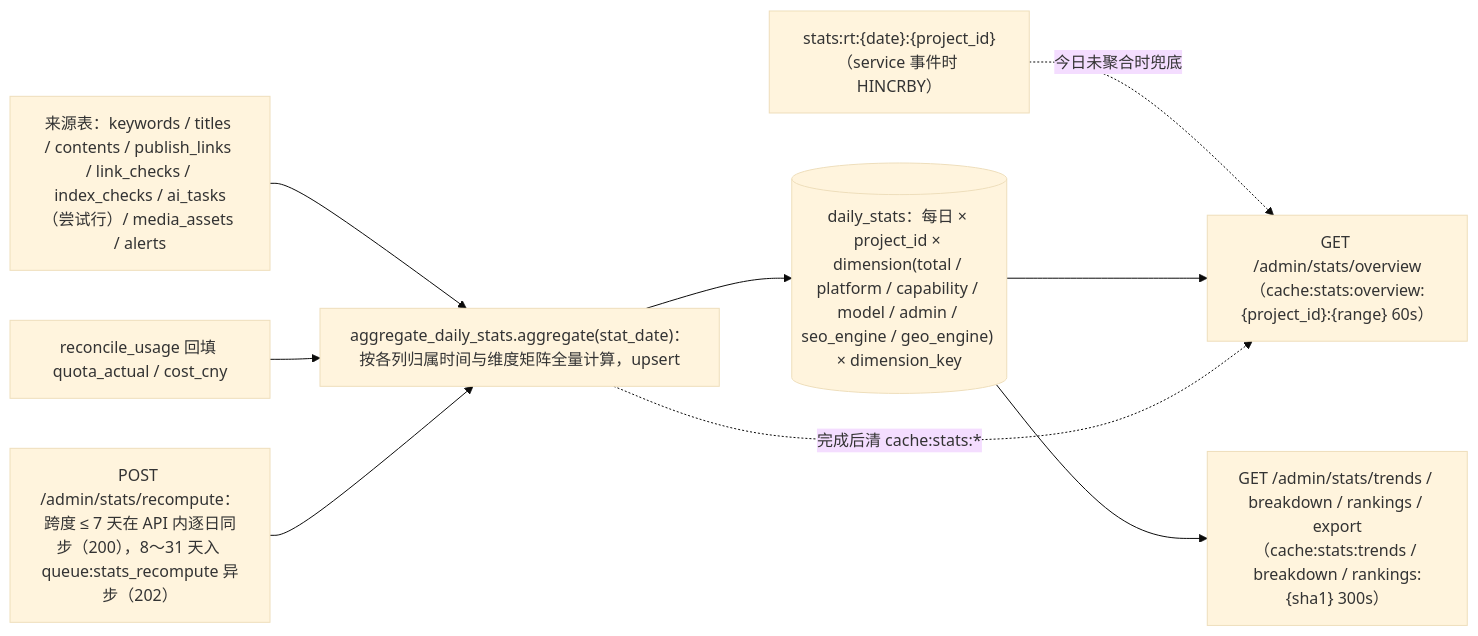
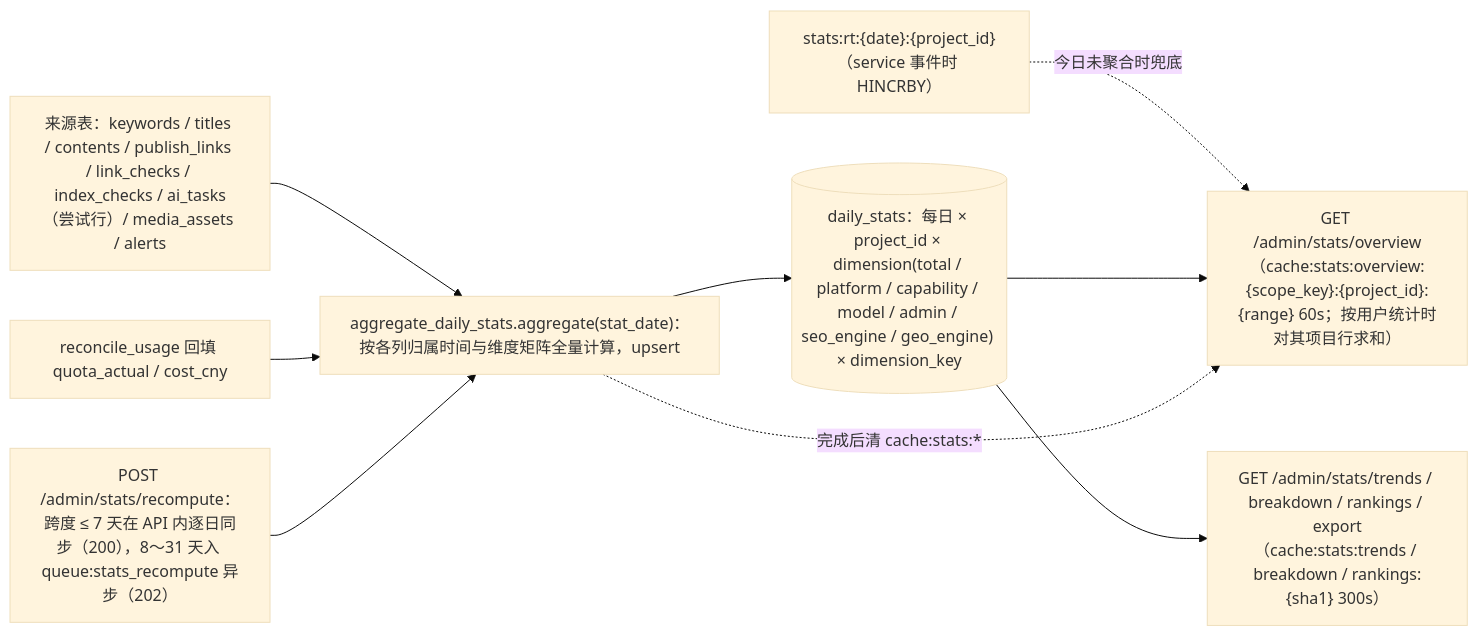
One commit to itrongsheng/aicreat changed the seventh of 10 diagrams in docs/01-architecture.md. Above: the diagram before and after it, drawn with Mermaid (base theme). The commit also changed other lines of this file and 14 other files, not shown here.

````diff
--- a/docs/01-architecture.md
+++ b/docs/01-architecture.md
@@ -317,11 +317,11 @@
 ```mermaid
 flowchart LR
     Src["来源表：keywords / titles / contents / publish_links / link_checks / index_checks / ai_tasks（尝试行）/ media_assets / alerts"] --> Agg["aggregate_daily_stats.aggregate(stat_date)：按各列归属时间与维度矩阵全量计算，upsert"]
     Reconcile["reconcile_usage 回填 quota_actual / cost_cny"] --> Agg
     Recompute["POST /admin/stats/recompute：跨度 ≤ 7 天在 API 内逐日同步（200），8～31 天入 queue:stats_recompute 异步（202）"] --> Agg
     Agg --> DS[("daily_stats：每日 × project_id × dimension(total / platform / capability / model / admin / seo_engine / geo_engine) × dimension_key")]
     RT["stats:rt:{date}:{project_id}（service 事件时 HINCRBY）"] -. 今日未聚合时兜底 .-> Overview
-    DS --> Overview["GET /admin/stats/overview（cache:stats:overview:{project_id}:{range} 60s）"]
+    DS --> Overview["GET /admin/stats/overview（cache:stats:overview:{scope_key}:{project_id}:{range} 60s；按用户统计时对其项目行求和）"]
     DS --> Reports["GET /admin/stats/trends / breakdown / rankings / export（cache:stats:trends / breakdown / rankings:{sha1} 300s）"]
     Agg -. 完成后清 cache:stats:* .-> Overview
 ```
````
